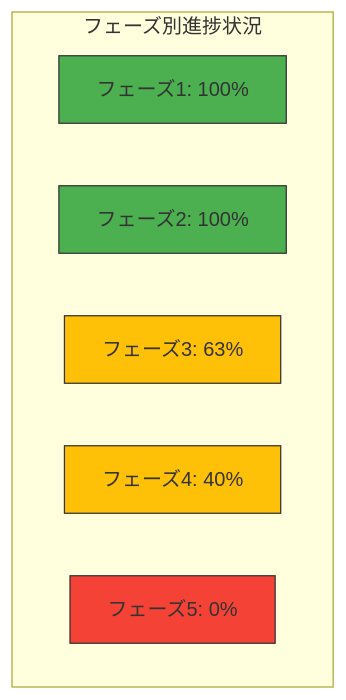
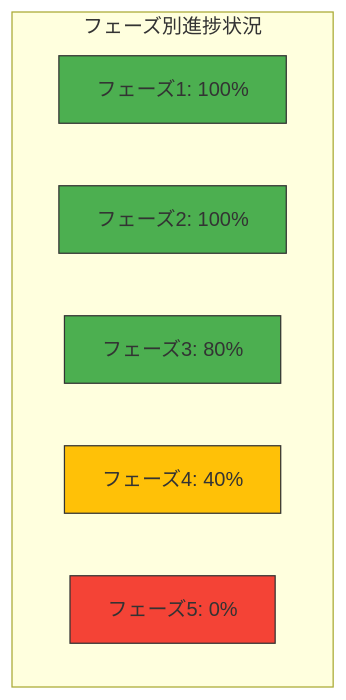
Before and after one commit to ToyB0x/git-resume: the second of 2 diagrams in docs/PLAN_AND_PROGRESS.md, drawn with Mermaid. The commit also changed other lines of this file and 4 other files, not shown here.

````diff
--- a/docs/PLAN_AND_PROGRESS.md
+++ b/docs/PLAN_AND_PROGRESS.md
@@ -119,16 +130,16 @@
 ```mermaid
 graph TD
     subgraph "フェーズ別進捗状況"
-    A["フェーズ1: 100%"] 
+    A["フェーズ1: 100%"]
     B["フェーズ2: 100%"]
-    C["フェーズ3: 63%"]
+    C["フェーズ3: 80%"]
     D["フェーズ4: 40%"]
     E["フェーズ5: 0%"]
     end
     
     style A fill:#4CAF50,stroke:#333,stroke-width:1px
     style B fill:#4CAF50,stroke:#333,stroke-width:1px
-    style C fill:#FFC107,stroke:#333,stroke-width:1px
+    style C fill:#4CAF50,stroke:#333,stroke-width:1px
     style D fill:#FFC107,stroke:#333,stroke-width:1px
     style E fill:#F44336,stroke:#333,stroke-width:1px
 ```
````
